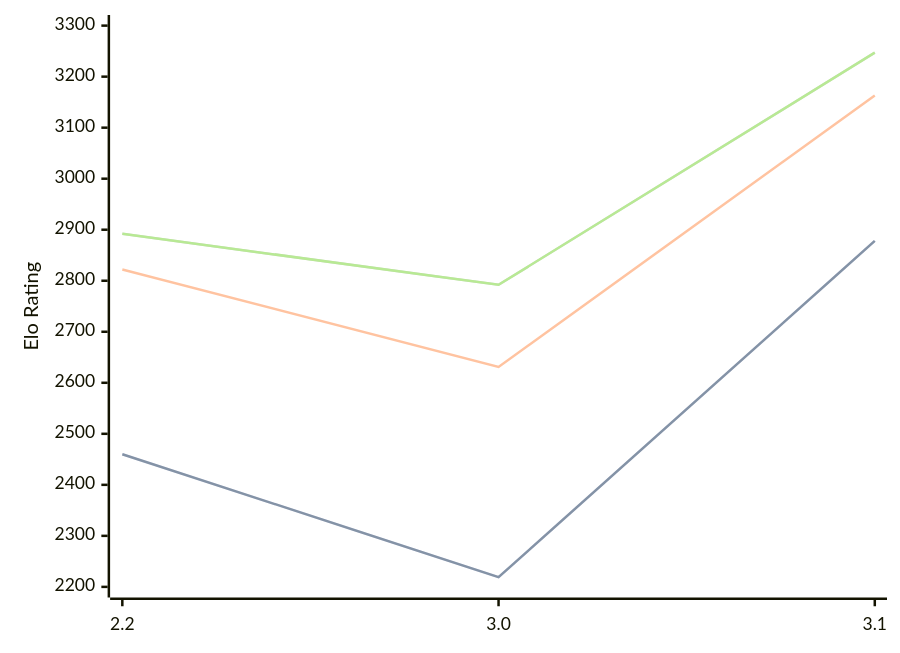
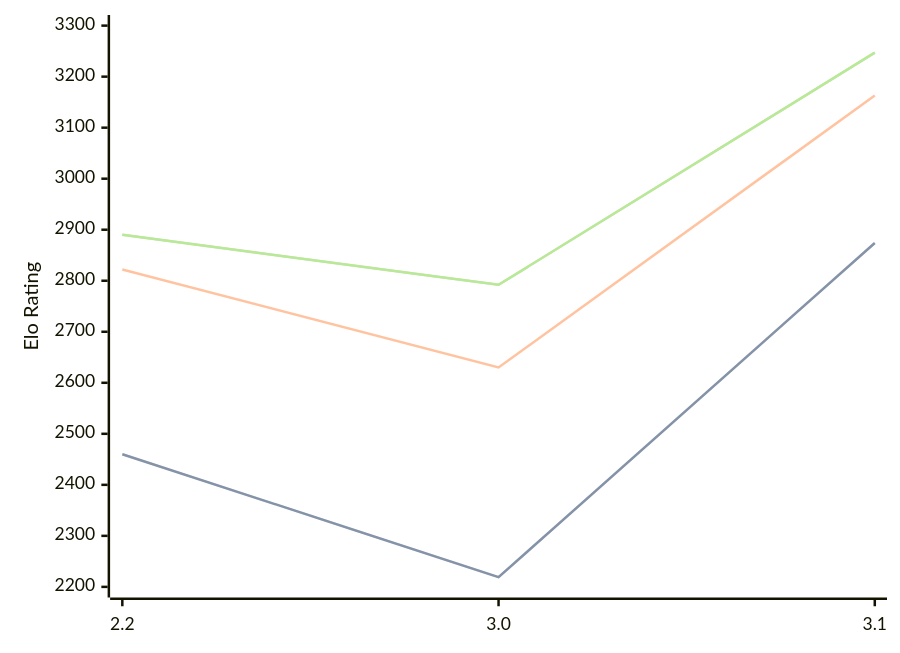
Before and after one commit to computer-chess-index/cci: the diagram in engines/Thrawn.md, drawn with Mermaid. The commit also changed other lines of this file, not shown here.

Commit message:
Update CCI Ratings (ELO VLTC) - 2026-07-27

````diff
--- a/engines/Thrawn.md
+++ b/engines/Thrawn.md
@@ -41,11 +41,11 @@
 ```mermaid
 %%{init: {"theme":"base","themeVariables":{"seriesColors:['#a3a3a3','#222221','#faa371']}}}%%
 xychart-beta
   x-axis ["2.2", "3.0", "3.1"]
   y-axis "Elo Rating" 2200 --> 3300
-  line "STC (8.0+0.08s)" [2460, 2219, 2878]
-  line "STC (8.0+0.08s)" [2460, 2219, 2878]
-  line "LTC (60.0+0.60s)" [2822, 2631, 3163]
-  line "VLTC (2m24s+1.12s)" [2892, 2792, 3247]
-  line "VLTC (2m24s+1.12s)" [2892, 2792, 3247]
+  line "STC (8.0+0.08s)" [2460, 2219, 2874]
+  line "STC (8.0+0.08s)" [2460, 2219, 2874]
+  line "LTC (60.0+0.60s)" [2822, 2630, 3163]
+  line "VLTC (2m24s+1.12s)" [2890, 2792, 3247]
+  line "VLTC (2m24s+1.12s)" [2890, 2792, 3247]
 ```
````
